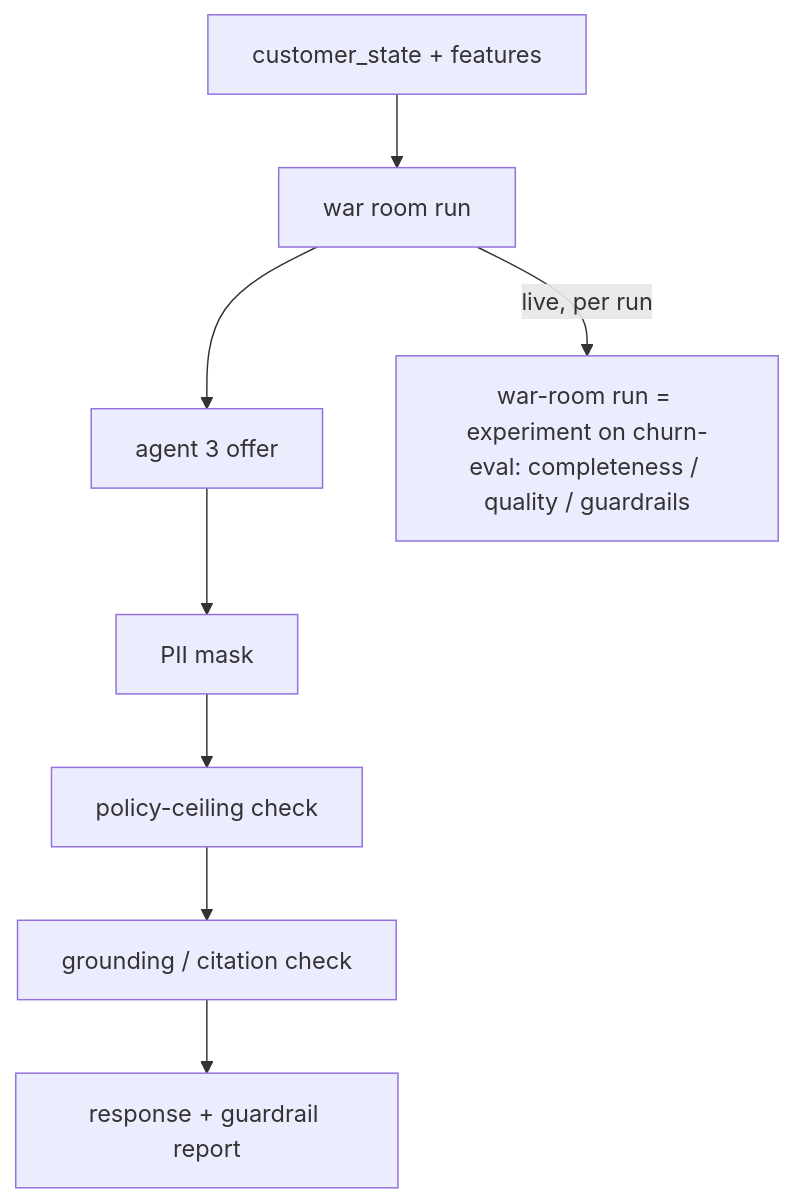
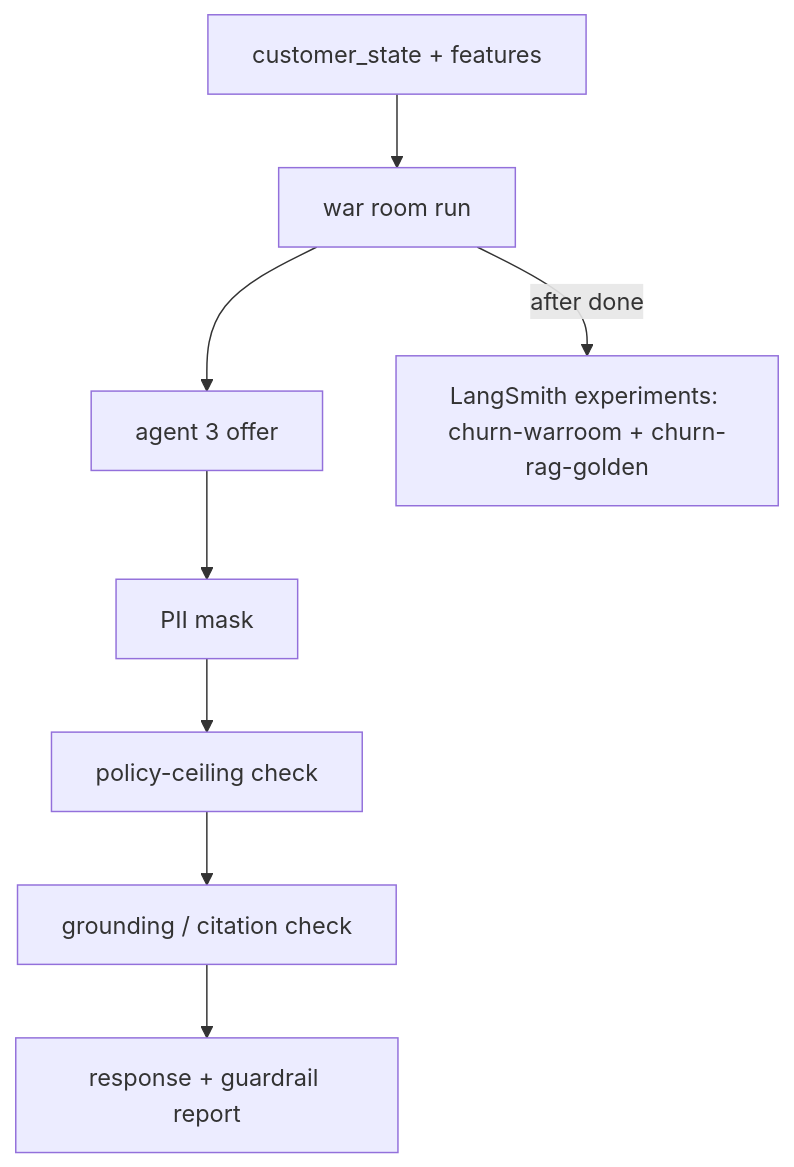
The fourth of 4 diagrams in docs/ARCHITECTURE.md (yuvaksc/churn-intelligence), drawn with Mermaid before and after one commit. The commit also changed other lines of this file and 177 other files, not shown here.

Commit message:
v3: monorepo rebuild with Supabase, Vercel, LangSmith evals and hybrid RAG

````diff
--- a/docs/ARCHITECTURE.md
+++ b/docs/ARCHITECTURE.md
@@ -108,10 +126,10 @@
 ```mermaid
 flowchart TD
     IN[customer_state + features] --> RUN[war room run]
     RUN --> OFFER[agent 3 offer]
     OFFER --> PII[PII mask]
     PII --> POL[policy-ceiling check]
     POL --> GRD[grounding / citation check]
     GRD --> RESP[response + guardrail report]
-    RUN -->|live, per run| EVAL[war-room run = experiment on churn-eval: completeness / quality / guardrails]
+    RUN -->|after done| EVAL[LangSmith experiments: churn-warroom + churn-rag-golden]
 ```
````
